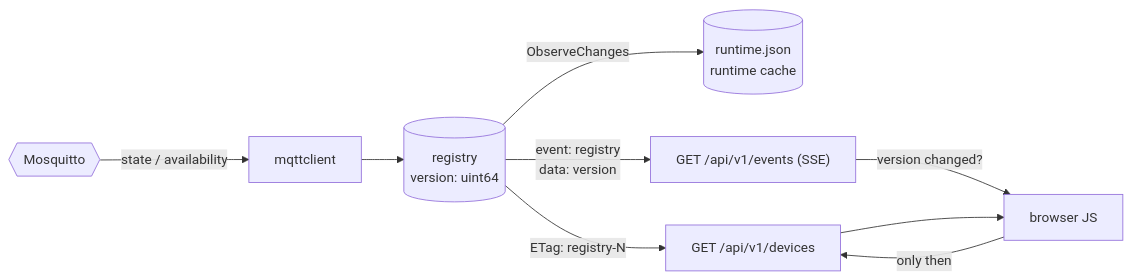
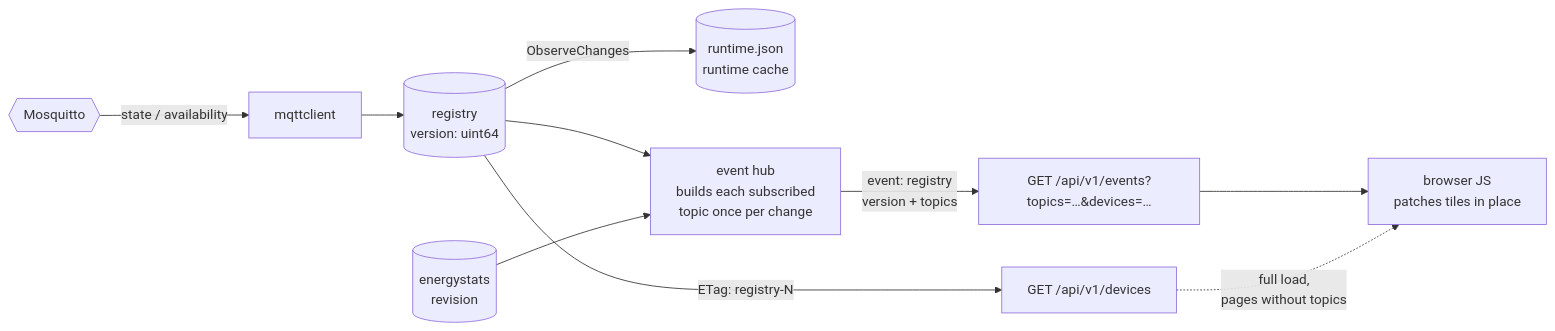
The third of 12 diagrams in docs/developing/data-flow.md (Developer-Simon/energy-node), drawn with Mermaid before and after one commit. The commit also changed other lines of this file and 18 other files, not shown here.

First line of the commit message:
docs: revise data flows for the companion and split the settings page (#136)

````diff
--- a/docs/developing/data-flow.md
+++ b/docs/developing/data-flow.md
@@ -172,11 +220,12 @@
 ```mermaid
 flowchart LR
     M{{Mosquitto}} -->|"state / availability"| C[mqttclient]
     C --> R[("registry<br/>version: uint64")]
     R -->|"ObserveChanges"| RC[("runtime.json<br/>runtime cache")]
+    R --> HUB["event hub<br/>builds each subscribed<br/>topic once per change"]
+    ES[("energystats<br/>revision")] --> HUB
+    HUB -->|"event: registry<br/>version + topics"| S["GET /api/v1/events?topics=…&devices=…"]
+    S --> JS["browser JS<br/>patches tiles in place"]
     R -->|"ETag: registry-N"| D["GET /api/v1/devices"]
-    R -->|"event: registry<br/>data: version"| S["GET /api/v1/events (SSE)"]
-    S -->|"version changed?"| JS["browser JS"]
-    JS -->|"only then"| D
-    D --> JS
+    D -.->|"full load,<br/>pages without topics"| JS
 ```
````
